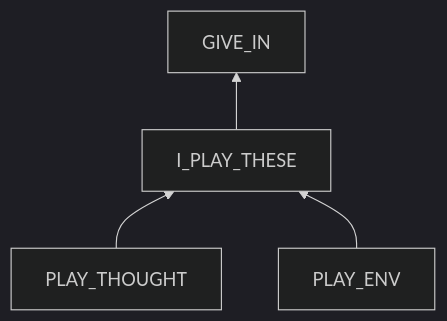
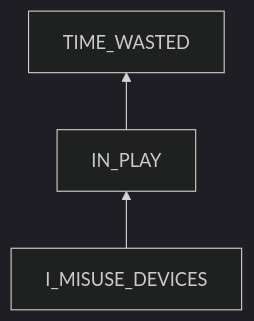
The first of 2 diagrams in Problem Solving/health/psychology/temptation/entertainment.md (SuxinL/Notes), drawn with Mermaid (dark theme) before and after one commit. The commit also changed other lines of this file and 83 other files, not shown here.

````diff
--- a/Problem Solving/health/psychology/temptation/entertainment.md
+++ b/Problem Solving/health/psychology/temptation/entertainment.md
@@ -65,7 +71,4 @@
 ```mermaid
 flowchart BT
-	GIVE_IN
-	I_PLAY_THESE --> GIVE_IN
-	PLAY_THOUGHT --> I_PLAY_THESE
-	PLAY_ENV --> I_PLAY_THESE
+	I_MISUSE_DEVICES --> IN_PLAY --> TIME_WASTED
 ```
````
